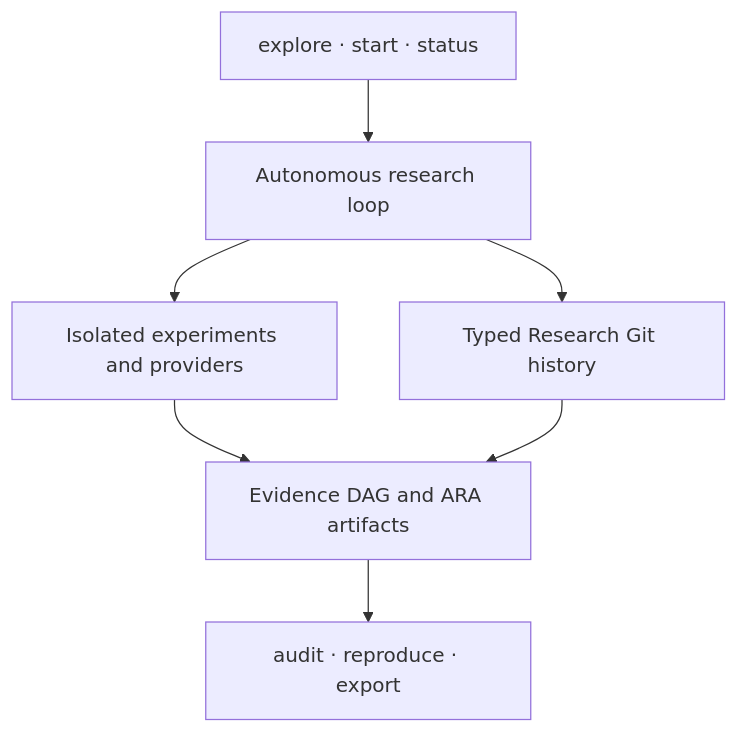
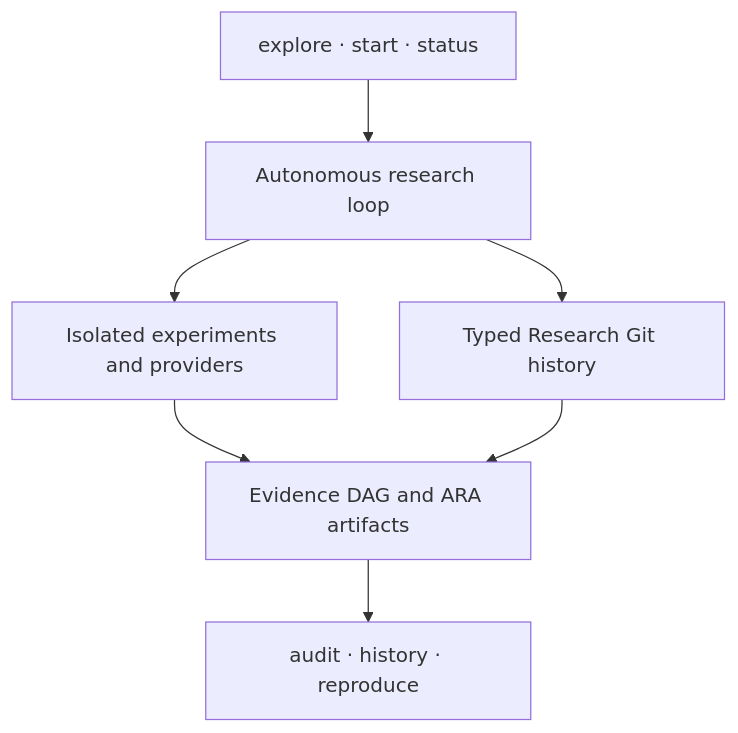
The diagram in README.md (smileformylove/XScientist), drawn with Mermaid before and after one commit. The commit also changed other lines of this file and 15 other files, not shown here.

````diff
--- a/README.md
+++ b/README.md
@@ -267,9 +277,9 @@
 ```mermaid
 flowchart TB
   U["explore · start · status"] --> O["Autonomous research loop"]
   O --> E["Isolated experiments and providers"]
   O --> R["Typed Research Git history"]
   E --> D["Evidence DAG and ARA artifacts"]
   R --> D
-  D --> A["audit · reproduce · export"]
+  D --> A["audit · history · reproduce"]
 ```
````
